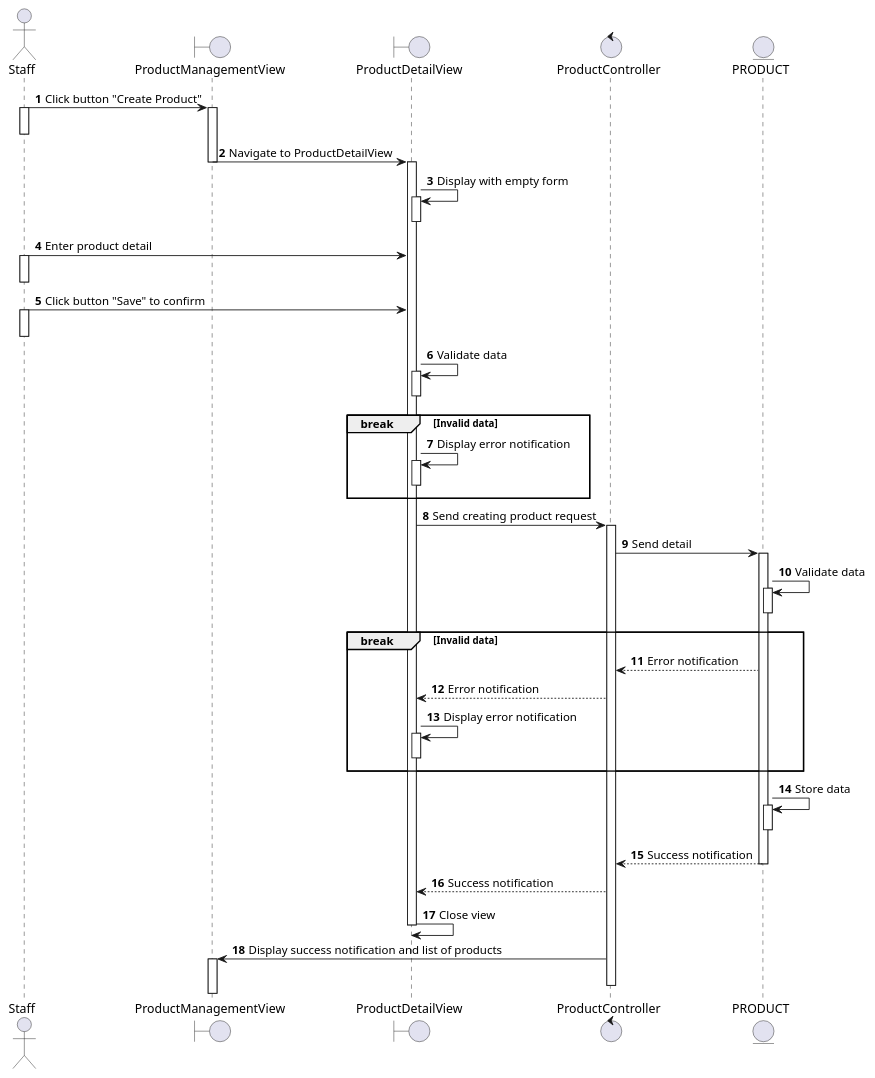
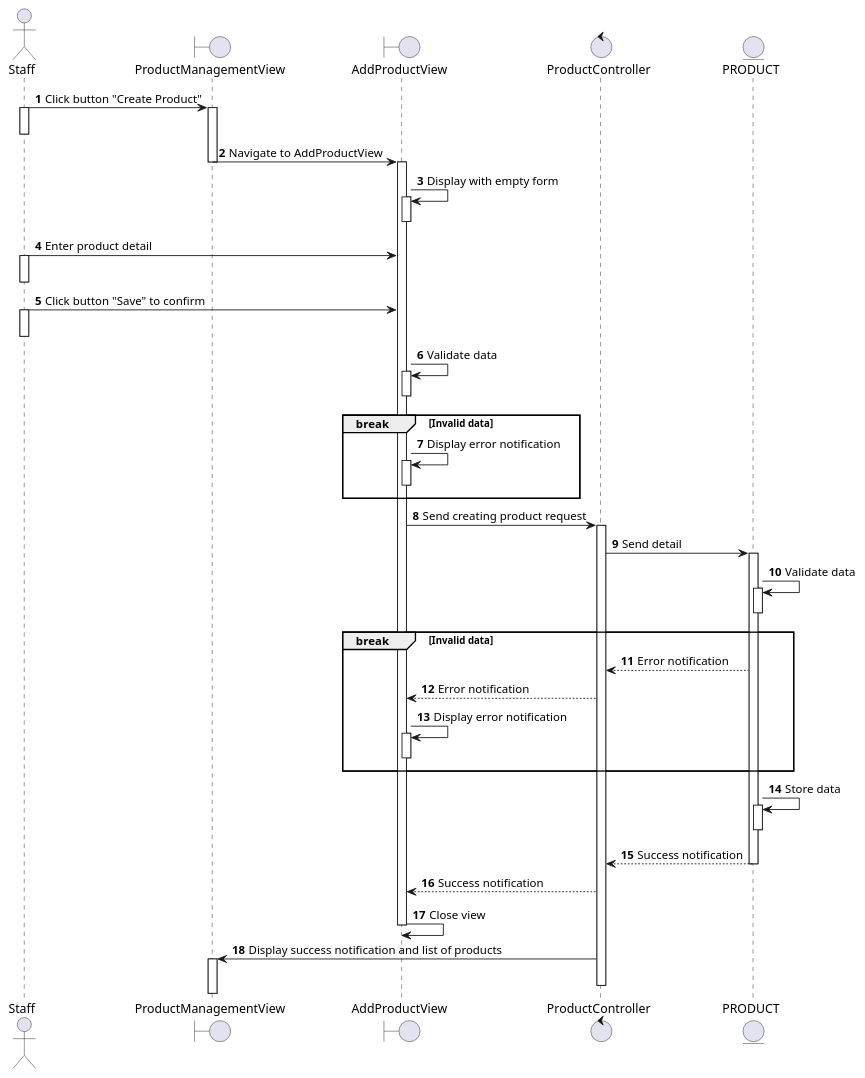
The diagram in docs/software-docs/sequence/manage-product/add-product.md (electricilies/electricilies.github.io), drawn with PlantUML before and after one commit. The commit also changed 4 other files, not shown here.

Commit message:
fix(manage-product): add product and update product view

````diff
--- a/docs/software-docs/sequence/manage-product/add-product.md
+++ b/docs/software-docs/sequence/manage-product/add-product.md
@@ -3,62 +3,62 @@
 ```plantuml
 @startuml
 autonumber
 
 actor Staff as S
 boundary ProductManagementView as PMV
-boundary ProductDetailView as PDV
+boundary AddProductView as APV
 control ProductController as PC
 entity PRODUCT as P
 
 S -> PMV: Click button "Create Product"
 activate S
 activate PMV
 deactivate S
-PMV -> PDV: Navigate to ProductDetailView
+PMV -> APV: Navigate to AddProductView
 deactivate PMV
-activate PDV
-PDV -> PDV: Display with empty form
-activate PDV
-deactivate PDV
-S -> PDV: Enter product detail
+activate APV
+APV -> APV: Display with empty form
+activate APV
+deactivate APV
+S -> APV: Enter product detail
 activate S
 deactivate S
-S -> PDV: Click button "Save" to confirm
+S -> APV: Click button "Save" to confirm
 activate S
 deactivate S
-PDV -> PDV: Validate data
-activate PDV
-deactivate PDV
+APV -> APV: Validate data
+activate APV
+deactivate APV
 break Invalid data
-  PDV -> PDV: Display error notification
-  activate PDV
-  deactivate PDV
+  APV -> APV: Display error notification
+  activate APV
+  deactivate APV
 end
-PDV -> PC: Send creating product request
+APV -> PC: Send creating product request
 activate PC
 PC -> P: Send detail
 activate P
 P -> P: Validate data
 activate P
 deactivate P
 break Invalid data
   PC <-- P: Error notification
-  PDV <-- PC: Error notification
-  PDV -> PDV: Display error notification
-  activate PDV
-  deactivate PDV
+  APV <-- PC: Error notification
+  APV -> APV: Display error notification
+  activate APV
+  deactivate APV
 end
 P -> P: Store data
 activate P
 deactivate P
 PC <-- P: Success notification
 deactivate P
-PDV <-- PC: Success notification
-PDV -> PDV: Close view
-deactivate PDV
+APV <-- PC: Success notification
+APV -> APV: Close view
+deactivate APV
 PMV <- PC: Display success notification and list of products
 activate PMV
 deactivate PC
 
 @enduml
 ```
````
